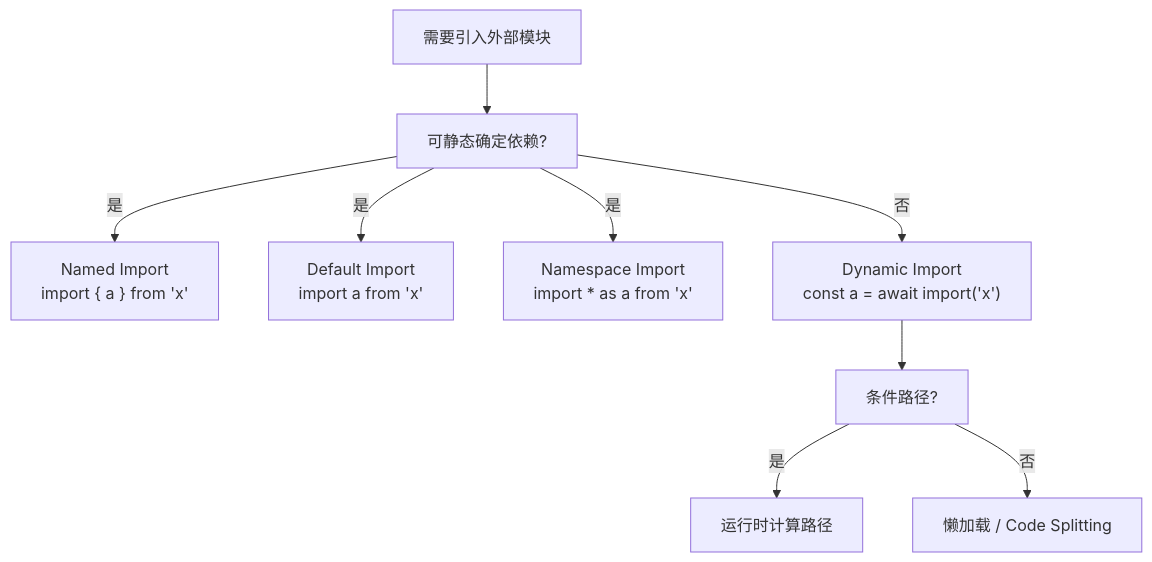
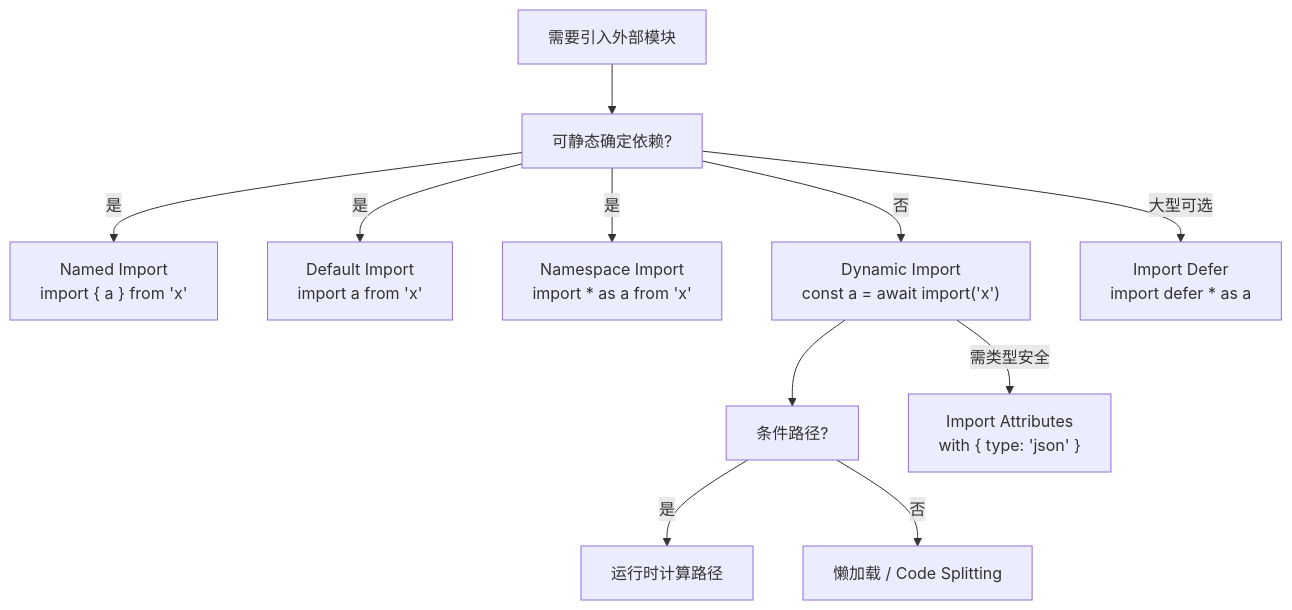
Before and after one commit to AdaMartin18010/JavaScriptTypeScript: the sixth of 6 diagrams in 10-fundamentals/10.4-module-system/code-examples/02-esm-deep-dive.md, drawn with Mermaid. The commit also changed other lines of this file and 217 other files, not shown here.

````diff
--- a/10-fundamentals/10.4-module-system/code-examples/02-esm-deep-dive.md
+++ b/10-fundamentals/10.4-module-system/code-examples/02-esm-deep-dive.md
@@ -402,11 +810,14 @@
 ```mermaid
 graph TD
     Start["需要引入外部模块"] --> Static["可静态确定依赖?"]
     Static -->|是| Named["Named Import<br/>import { a } from 'x'"]
     Static -->|是| Default["Default Import<br/>import a from 'x'"]
     Static -->|是| Namespace["Namespace Import<br/>import * as a from 'x'"]
     Static -->|否| Dynamic["Dynamic Import<br/>const a = await import('x')"]
     Dynamic --> Cond["条件路径?"]
     Cond -->|是| RuntimePath["运行时计算路径"]
     Cond -->|否| Lazy["懒加载 / Code Splitting"]
+    
+    Static -->|大型可选| Defer["Import Defer<br/>import defer * as a"]
+    Dynamic -->|需类型安全| Attrs["Import Attributes<br/>with { type: 'json' }"]
 ```
````
